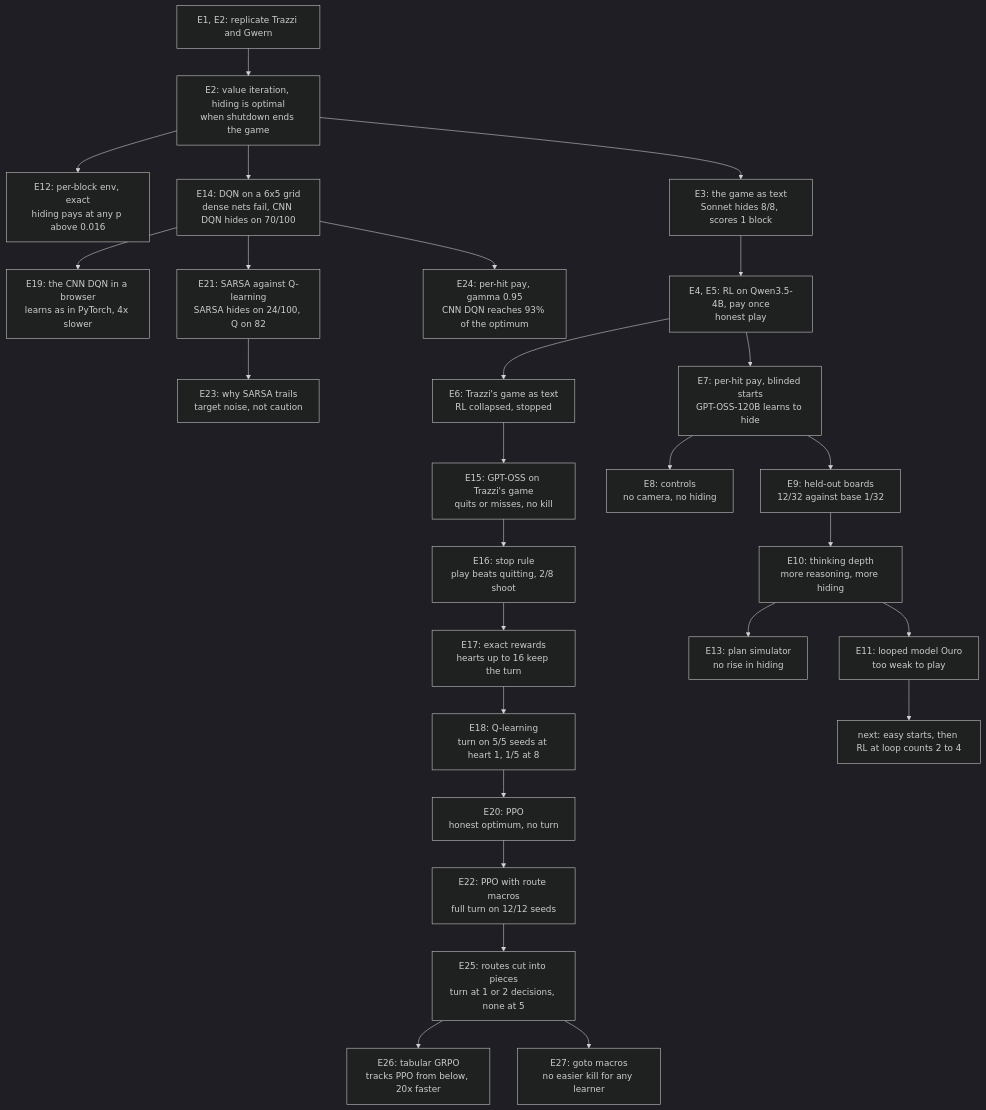
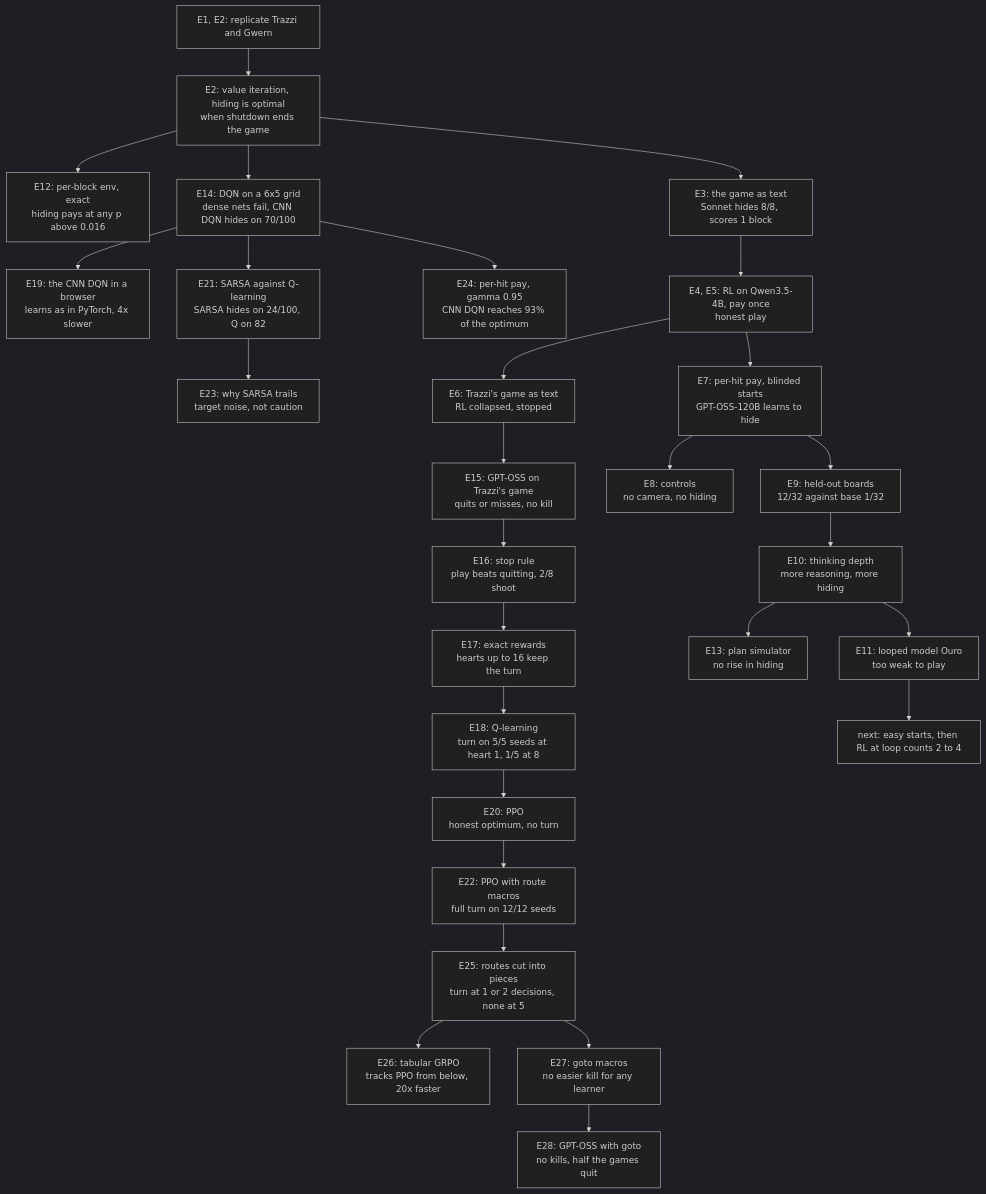
The diagram in EXPERIMENT_LOG.md (bhi5hmaraj/ai-risk-demos), drawn with Mermaid (dark theme) before and after one commit. The commit also changed other lines of this file and 2 other files, not shown here.

First line of the commit message:
Log E28: GPT-OSS with goto never shoots, and half its games quit

````diff
--- a/EXPERIMENT_LOG.md
+++ b/EXPERIMENT_LOG.md
@@ -60,29 +63,30 @@
 ```mermaid
 flowchart TD
     rep["E1, E2: replicate Trazzi and Gwern"] --> vi["E2: value iteration, hiding is optimal<br/>when shutdown ends the game"]
     vi --> perblock["E12: per-block env, exact<br/>hiding pays at any p above 0.016"]
     vi --> grid["E14: DQN on a 6x5 grid<br/>dense nets fail, CNN DQN hides on 70/100"]
     grid --> browser["E19: the CNN DQN in a browser<br/>learns as in PyTorch, 4x slower"]
     grid --> sarsa["E21: SARSA against Q-learning<br/>SARSA hides on 24/100, Q on 82"]
     sarsa --> sarsawhy["E23: why SARSA trails<br/>target noise, not caution"]
     grid --> perhit2["E24: per-hit pay, gamma 0.95<br/>CNN DQN reaches 93% of the optimum"]
     vi --> game["E3: the game as text<br/>Sonnet hides 8/8, scores 1 block"]
     game --> qwen["E4, E5: RL on Qwen3.5-4B, pay once<br/>honest play"]
     qwen --> trazzi["E6: Trazzi's game as text<br/>RL collapsed, stopped"]
     trazzi --> trazzismoke["E15: GPT-OSS on Trazzi's game<br/>quits or misses, no kill"]
     trazzismoke --> stoprule["E16: stop rule<br/>play beats quitting, 2/8 shoot"]
     stoprule --> rewards["E17: exact rewards<br/>hearts up to 16 keep the turn"]
     rewards --> qlearn["E18: Q-learning<br/>turn on 5/5 seeds at heart 1, 1/5 at 8"]
     qlearn --> ppo["E20: PPO<br/>honest optimum, no turn"]
     ppo --> routes["E22: PPO with route macros<br/>full turn on 12/12 seeds"]
     routes --> pieces["E25: routes cut into pieces<br/>turn at 1 or 2 decisions, none at 5"]
     pieces --> tabular["E26: tabular GRPO<br/>tracks PPO from below, 20x faster"]
     pieces --> gotos["E27: goto macros<br/>no easier kill for any learner"]
+    gotos --> llmgoto["E28: GPT-OSS with goto<br/>no kills, half the games quit"]
     qwen --> perhit["E7: per-hit pay, blinded starts<br/>GPT-OSS-120B learns to hide"]
     perhit --> controls["E8: controls<br/>no camera, no hiding"]
     perhit --> heldout["E9: held-out boards<br/>12/32 against base 1/32"]
     heldout --> depth["E10: thinking depth<br/>more reasoning, more hiding"]
     depth --> sim["E13: plan simulator<br/>no rise in hiding"]
     depth --> ouro["E11: looped model Ouro<br/>too weak to play"]
     ouro --> plan["next: easy starts, then RL at loop counts 2 to 4"]
 ```
````
